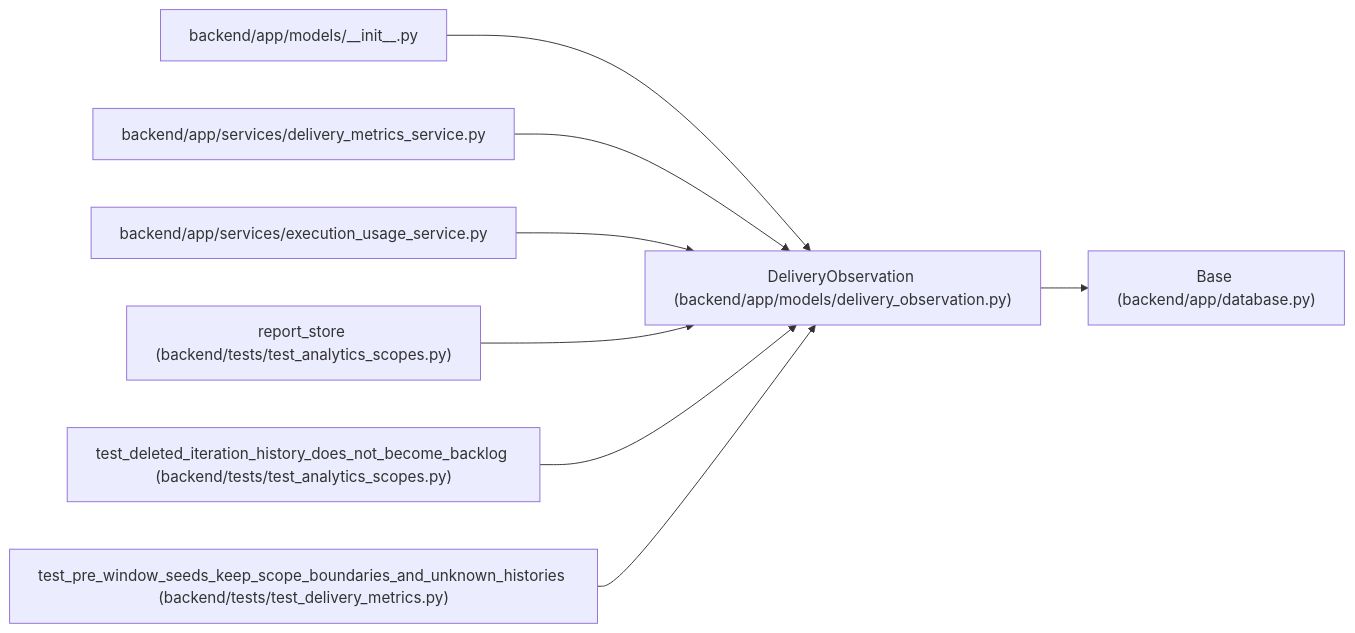
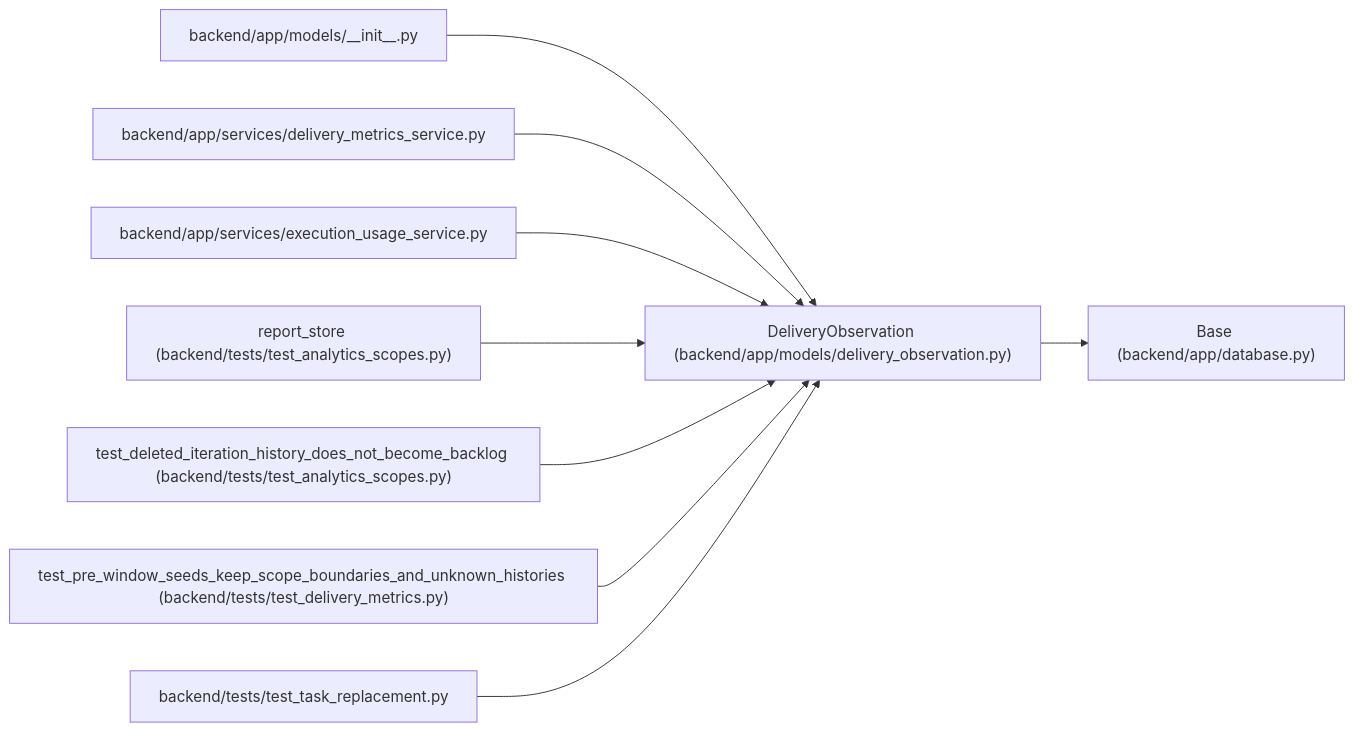
The diagram in docs/llm_wiki/entities/DeliveryObservation.md (Denissvgn/WorkChord), drawn with Mermaid before and after one commit. The commit also changed other lines of this file and 1817 other files, not shown here.

First line of the commit message:
Refresh the architectural wiki for the 1.9.0 changes

````diff
--- a/docs/llm_wiki/entities/DeliveryObservation.md
+++ b/docs/llm_wiki/entities/DeliveryObservation.md
@@ -34,26 +34,29 @@
 ```mermaid
 flowchart LR
     n0["DeliveryObservation (backend/app/models/delivery_observation.py)"]
     n1["Base (backend/app/database.py)"]
     n2["backend/app/models/__init__.py"]
     n3["backend/app/services/delivery_metrics_service.py"]
     n4["backend/app/services/execution_usage_service.py"]
     n5["report_store (backend/tests/test_analytics_scopes.py)"]
     n6["test_deleted_iteration_history_does_not_become_backlog (backend/tests/test_analytics_scopes.py)"]
     n7["test_pre_window_seeds_keep_scope_boundaries_and_unknown_histories (backend/tests/test_delivery_metrics.py)"]
+    n8["backend/tests/test_task_replacement.py"]
     n0 --> n1
     n2 --> n0
     n3 --> n0
     n4 --> n0
     n5 --> n0
     n6 --> n0
     n7 --> n0
+    n8 --> n0
     click n0 "../modules/delivery_observation.md"
     click n1 "../modules/app_database.md"
     click n2 "../modules/models___init__.md"
     click n3 "../modules/delivery_metrics_service.md"
     click n4 "../modules/execution_usage_service.md"
     click n5 "../modules/test_analytics_scopes.md"
     click n6 "../modules/test_analytics_scopes.md"
     click n7 "../modules/test_delivery_metrics.md"
+    click n8 "../modules/test_task_replacement.md"
 ```
````
